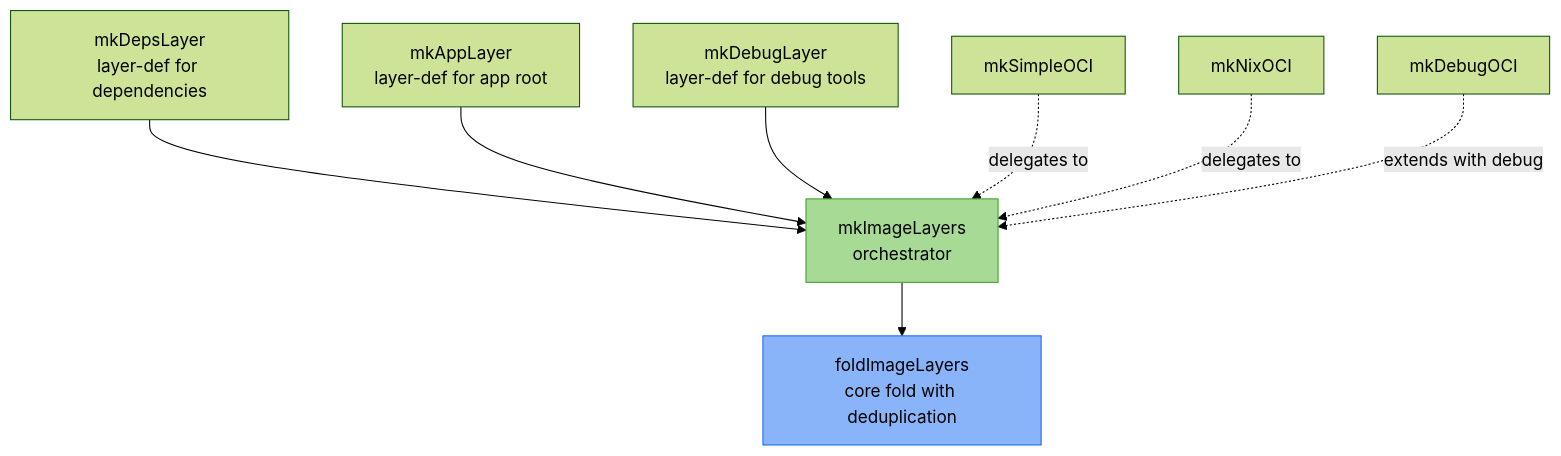
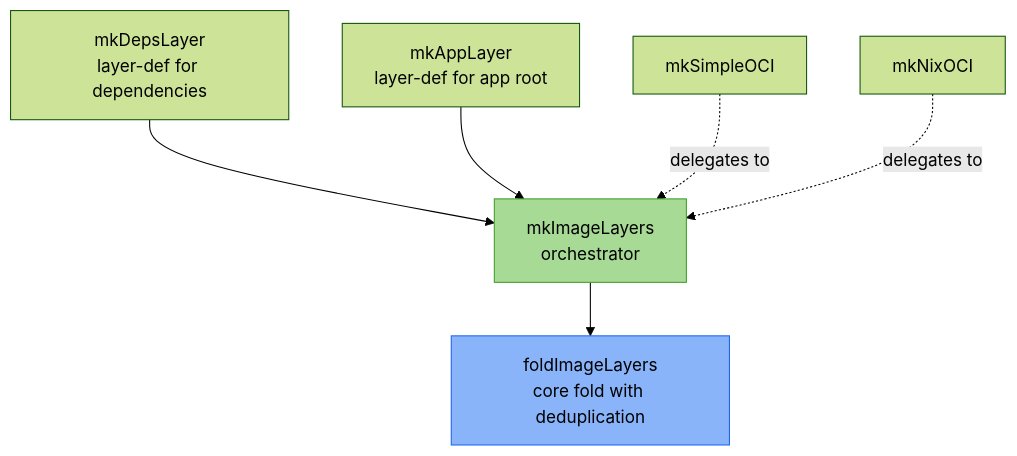
Before and after one commit to Dauliac/nix-oci: the eighth of 8 diagrams in docs/content/explanation/optimize-layers.md, drawn with Mermaid (forest theme). The commit also changed other lines of this file and 106 other files, not shown here.

````diff
--- a/docs/content/explanation/optimize-layers.md
+++ b/docs/content/explanation/optimize-layers.md
@@ -303,20 +268,17 @@
 ```mermaid
 flowchart TD
     mkDepsLayer["mkDepsLayer<br/>layer-def for dependencies"]
     mkAppLayer["mkAppLayer<br/>layer-def for app root"]
-    mkDebugLayer["mkDebugLayer<br/>layer-def for debug tools"]
     foldImageLayers["foldImageLayers<br/>core fold with deduplication"]
     mkImageLayers["mkImageLayers<br/>orchestrator"]
 
     mkDepsLayer --> mkImageLayers
     mkAppLayer --> mkImageLayers
-    mkDebugLayer --> mkImageLayers
     mkImageLayers --> foldImageLayers
 
     mkSimpleOCI["mkSimpleOCI"] -.->|"delegates to"| mkImageLayers
     mkNixOCI["mkNixOCI"] -.->|"delegates to"| mkImageLayers
-    mkDebugOCI["mkDebugOCI"] -.->|"extends with debug"| mkImageLayers
 
     style mkImageLayers fill:#a6da95,stroke:#40a02b,color:#000
     style foldImageLayers fill:#89b4fa,stroke:#1e66f5,color:#000
 ```
````
